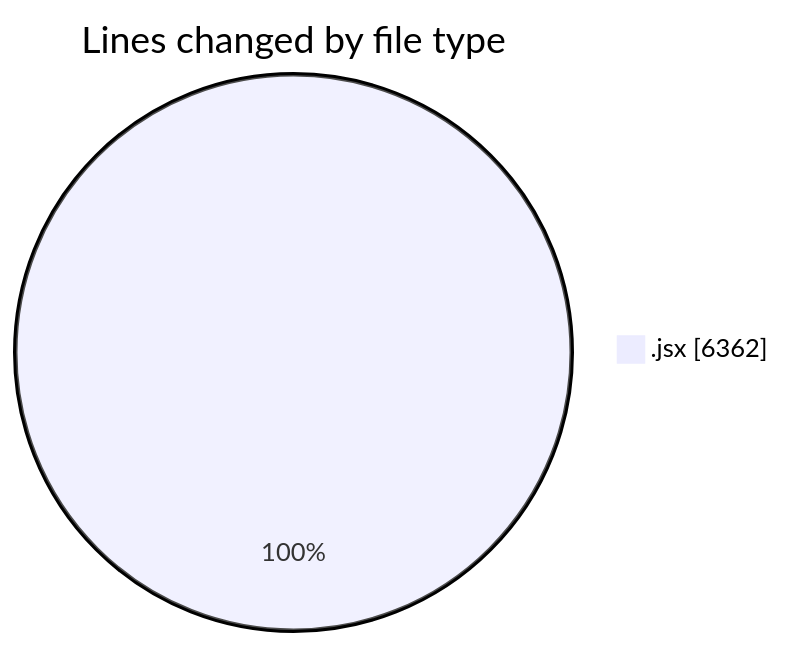
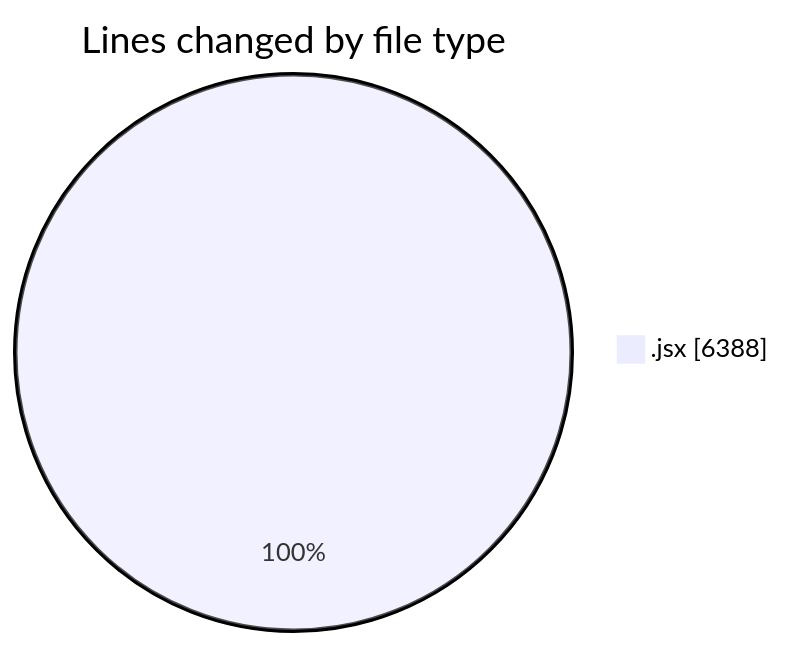
One commit to nxtqubesakshisongat/code-tracking changed the first of 2 diagrams in 2025-09-09/nxtqube_webapp/README.md. Above: the diagram before and after it, drawn with Mermaid. The commit also changed other lines of this file and 1 other file, not shown here.

````diff
--- a/2025-09-09/nxtqube_webapp/README.md
+++ b/2025-09-09/nxtqube_webapp/README.md
@@ -22,5 +22,5 @@
 ```mermaid
 pie showData
 title Lines changed by file type
-".jsx" : 6362
+".jsx" : 6388
 ```
````
